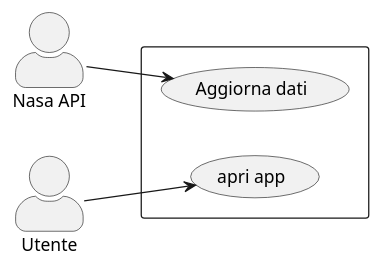
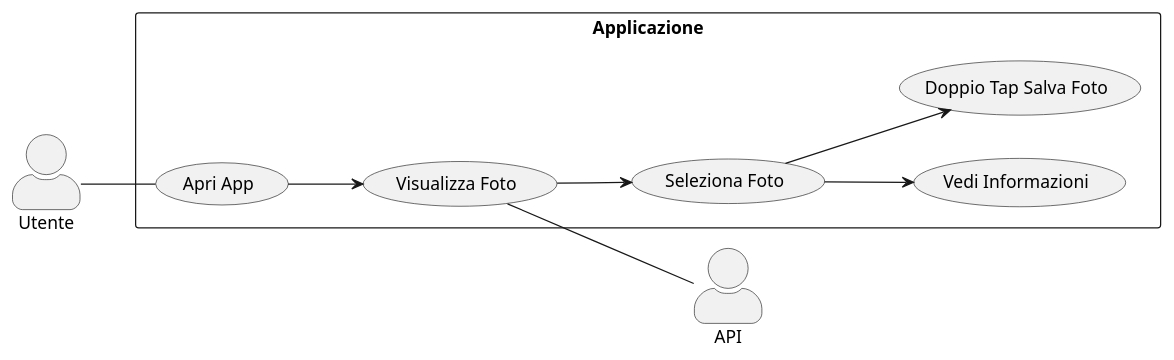
One commit to ccarl0/nasa_viewer changed the diagram in UML/usecase.plantuml. Above: the diagram before and after it, drawn with PlantUML.

Commit message:
finished use case diagram

```diff
--- a/UML/usecase.plantuml
+++ b/UML/usecase.plantuml
@@ -1,14 +1,17 @@
 @startuml
 skinparam actorStyle awesome
 left to right direction
-actor "Nasa API" as API
-actor "Utente" as user
-rectangle {
-  usecase "apri app" as UC1
-  usecase "Aggiorna dati" as UC2
+
+actor Utente as user
+actor API as api
+
+rectangle "Applicazione" {
+  user -- (Apri App)
+  (Apri App) --> (Visualizza Foto)
+  (Seleziona Foto) --> (Vedi Informazioni)
+  (Visualizza Foto) --> (Seleziona Foto)
+
+  (Seleziona Foto) --> (Doppio Tap Salva Foto)
 }
-
-user --> UC1
-API --> UC2
-
+(Visualizza Foto)--api
 @enduml
```
